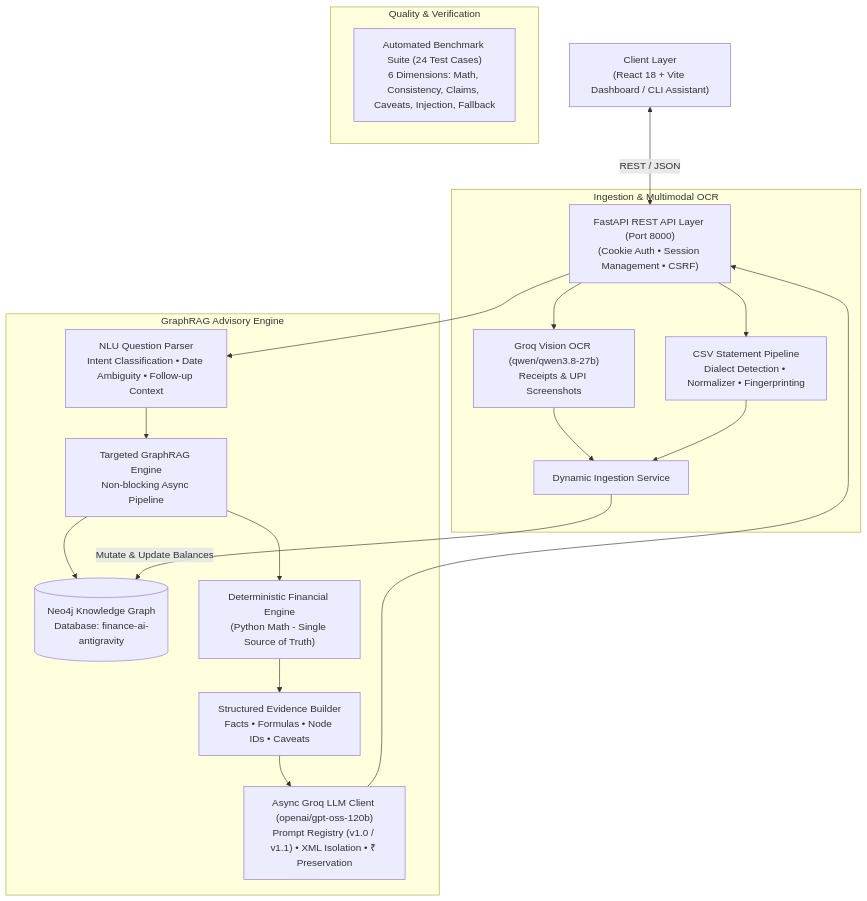
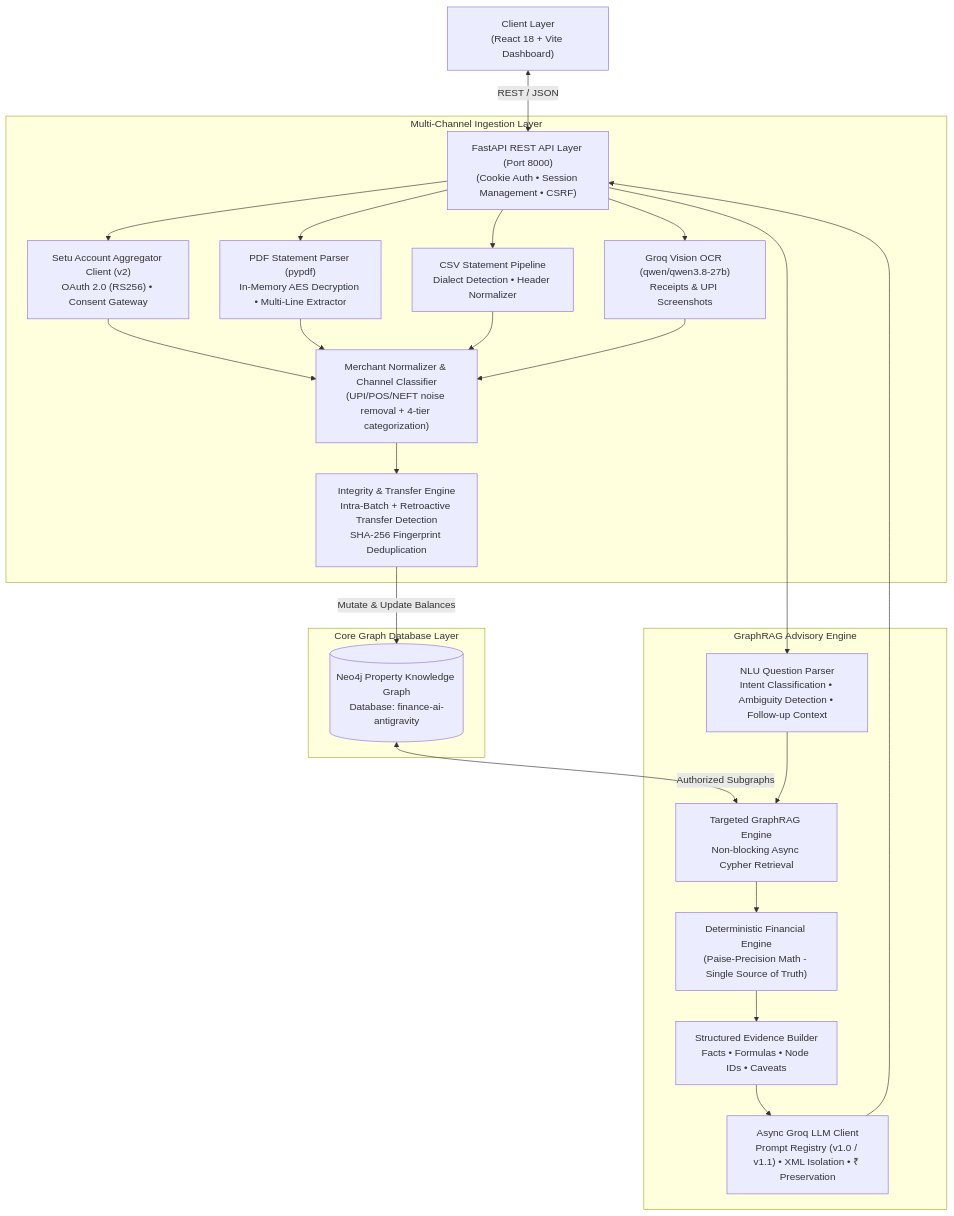
Before and after one commit to HariomGupta0/Personal_Finance_AI_v1: the diagram in docs/ARCHITECTURE.md, drawn with Mermaid. The commit also changed other lines of this file and 1 other file, not shown here.

Commit message:
docs: update README.md and ARCHITECTURE.md with updated project structure, Setu AA flow, PDF engine, and demo datasets

````diff
--- a/docs/ARCHITECTURE.md
+++ b/docs/ARCHITECTURE.md
@@ -6,31 +8,37 @@
 ```mermaid
 graph TD
-    Client["Client Layer<br/>(React 18 + Vite Dashboard / CLI Assistant)"]
+    Client["Client Layer<br/>(React 18 + Vite Dashboard)"]
     API["FastAPI REST API Layer (Port 8000)<br/>(Cookie Auth • Session Management • CSRF)"]
     
     Client <-->|REST / JSON| API
 
-    subgraph Ingestion & Multimodal OCR
+    subgraph Multi-Channel Ingestion Layer
+        API --> AA["Setu Account Aggregator Client (v2)<br/>OAuth 2.0 (RS256) • Consent Gateway"]
+        API --> PDF["PDF Statement Parser (pypdf)<br/>In-Memory AES Decryption • Multi-Line Extractor"]
+        API --> CSV["CSV Statement Pipeline<br/>Dialect Detection • Header Normalizer"]
         API --> Vision["Groq Vision OCR (qwen/qwen3.8-27b)<br/>Receipts & UPI Screenshots"]
-        API --> CSV["CSV Statement Pipeline<br/>Dialect Detection • Normalizer • Fingerprinting"]
-        Vision --> IngestionSvc["Dynamic Ingestion Service"]
-        CSV --> IngestionSvc
+        
+        AA --> Norm["Merchant Normalizer & Channel Classifier<br/>(UPI/POS/NEFT noise removal + 4-tier categorization)"]
+        PDF --> Norm
+        CSV --> Norm
+        Vision --> Norm
+
+        Norm --> Dedup["Integrity & Transfer Engine<br/>Intra-Batch + Retroactive Transfer Detection<br/>SHA-256 Fingerprint Deduplication"]
+    end
+
+    subgraph Core Graph Database Layer
+        Dedup -->|Mutate & Update Balances| Neo4j[("Neo4j Property Knowledge Graph<br/>Database: finance-ai-antigravity")]
     end
 
     subgraph GraphRAG Advisory Engine
-        API --> NLU["NLU Question Parser<br/>Intent Classification • Date Ambiguity • Follow-up Context"]
-        NLU --> GraphRAG["Targeted GraphRAG Engine<br/>Non-blocking Async Pipeline"]
-        GraphRAG --> Neo4j[("Neo4j Knowledge Graph<br/>Database: finance-ai-antigravity")]
-        IngestionSvc -->|Mutate & Update Balances| Neo4j
+        API --> NLU["NLU Question Parser<br/>Intent Classification • Ambiguity Detection • Follow-up Context"]
+        NLU --> GraphRAG["Targeted GraphRAG Engine<br/>Non-blocking Async Cypher Retrieval"]
+        Neo4j <-->|Authorized Subgraphs| GraphRAG
         
-        GraphRAG --> Engine["Deterministic Financial Engine<br/>(Python Math - Single Source of Truth)"]
+        GraphRAG --> Engine["Deterministic Financial Engine<br/>(Paise-Precision Math - Single Source of Truth)"]
         Engine --> Evidence["Structured Evidence Builder<br/>Facts • Formulas • Node IDs • Caveats"]
-        Evidence --> LLM["Async Groq LLM Client (openai/gpt-oss-120b)<br/>Prompt Registry (v1.0 / v1.1) • XML Isolation • ₹ Preservation"]
-    end
-
-    subgraph Quality & Verification
-        Eval["Automated Benchmark Suite (24 Test Cases)<br/>6 Dimensions: Math, Consistency, Claims, Caveats, Injection, Fallback"]
+        Evidence --> LLM["Async Groq LLM Client<br/>Prompt Registry (v1.0 / v1.1) • XML Isolation • ₹ Preservation"]
     end
 
     LLM --> API
 ```
````
